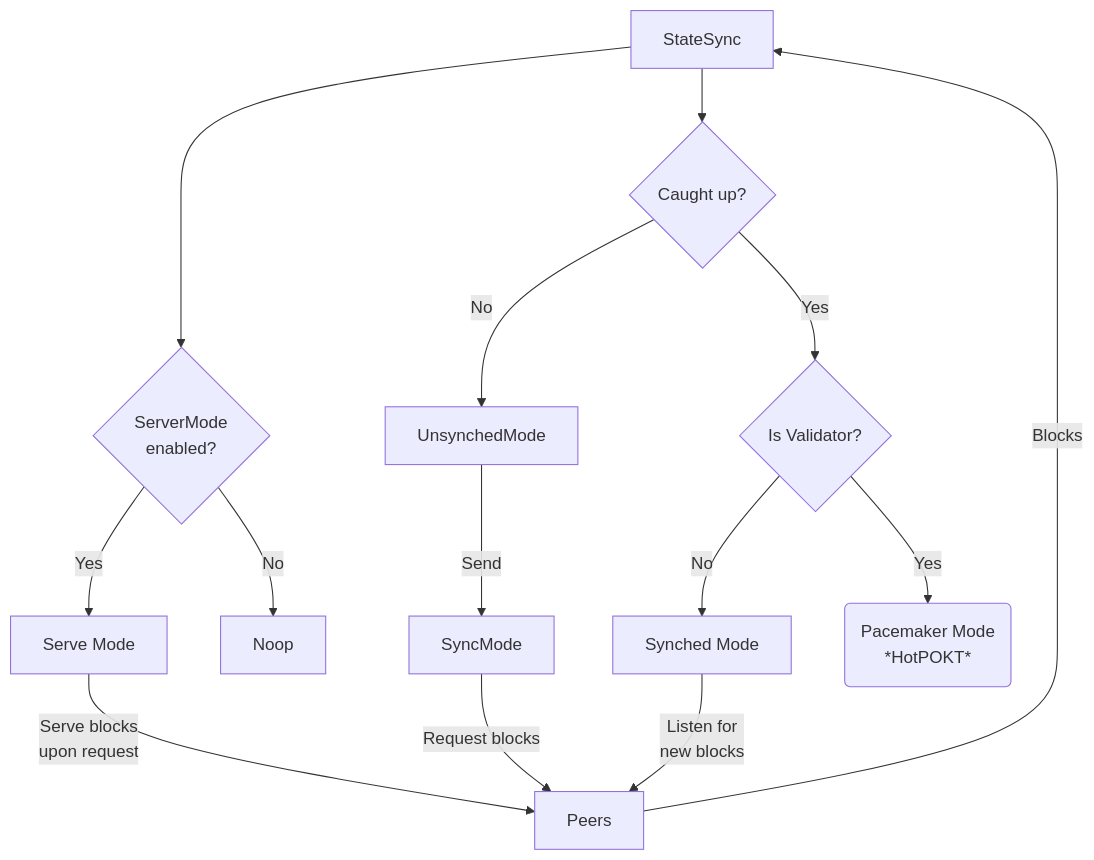
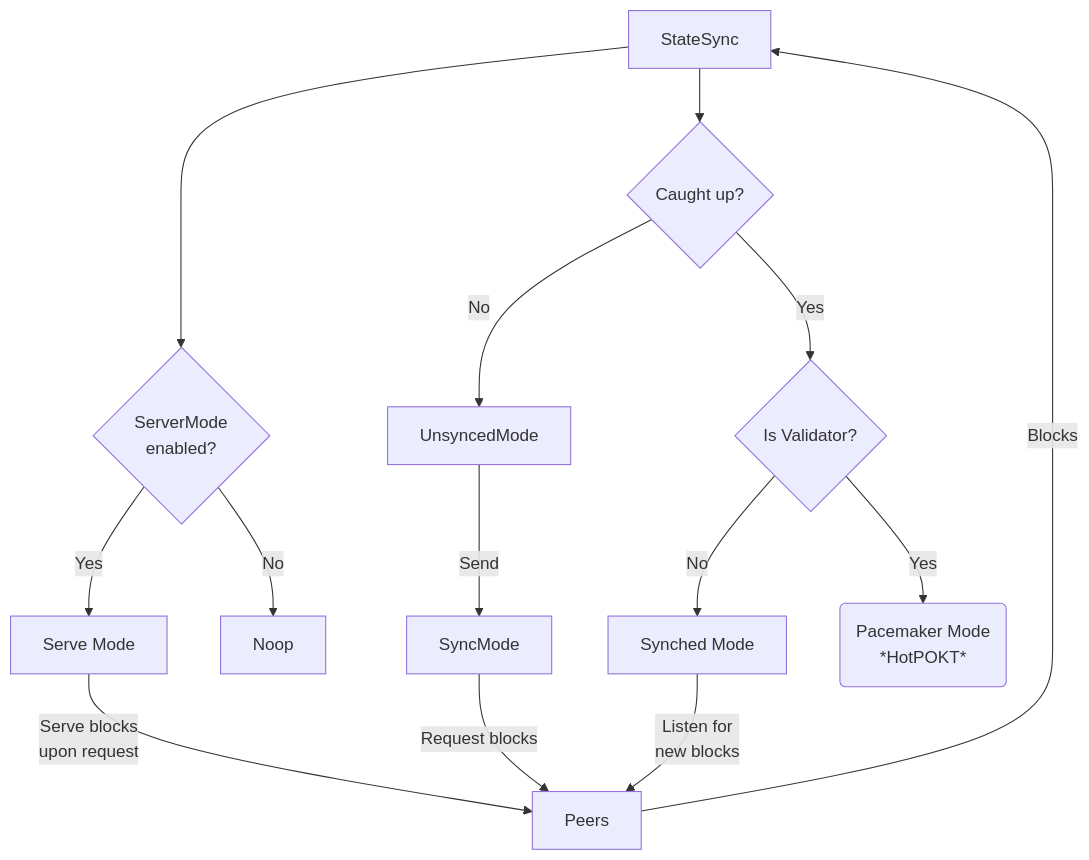
The third of 5 diagrams in consensus/doc/PROTOCOL_STATE_SYNC.md (pokt-network/pocket), drawn with Mermaid before and after one commit. The commit also changed other lines of this file and 10 other files, not shown here.

Commit message:
Typo from Unsynched to unsynced

````diff
--- a/consensus/doc/PROTOCOL_STATE_SYNC.md
+++ b/consensus/doc/PROTOCOL_STATE_SYNC.md
@@ -177,26 +176,26 @@
 ```mermaid
 flowchart TD
     A[StateSync] --> B{Caught up?}
     A[StateSync] --> P{ServerMode <br> enabled?}
 
     %% Is serving peers?
     P --> |Yes| Q[Serve Mode]
     P --> |No| R[Noop]
     Q --> |Serve blocks<br>upon request| Z[Peers]
 
     %% Is caught up?
     B --> |Yes| C{Is Validator?}
-    B --> |No| E[UnsynchedMode]
+    B --> |No| E[UnsyncedMode]
     E --> |Send | D[SyncMode]
 
     %% Syncing
     D --> |Request blocks| Z[Peers]
 
     %% Is a validator?
     C --> |No| F[Synched Mode]
     C --> |Yes| G(Pacemaker Mode<br>*HotPOKT*)
     F --> |Listen for<br>new blocks| Z[Peers]
 
     %% Loop back
     Z[Peers] --> |Blocks| A[StateSync]
 ```
````
